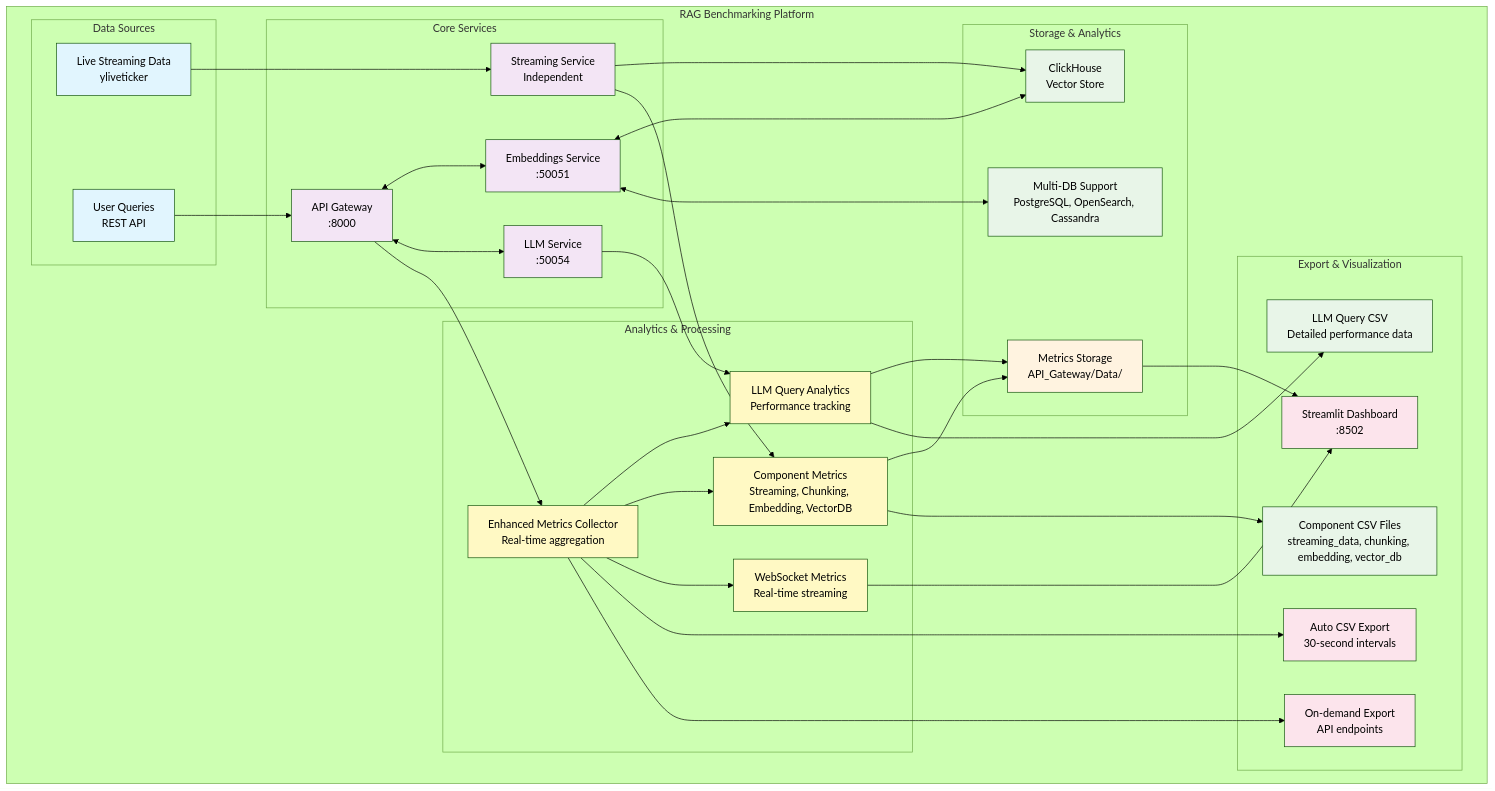
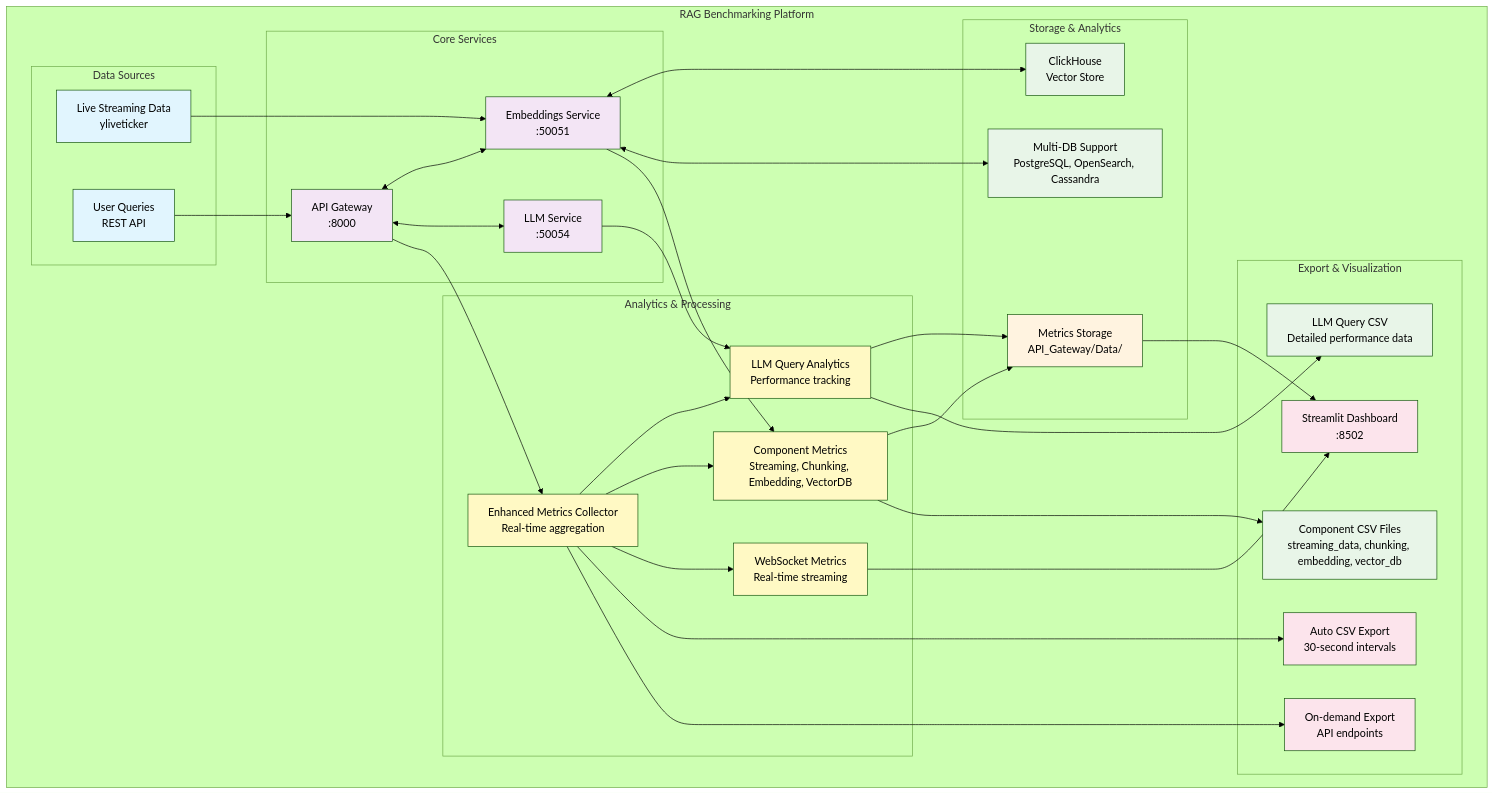
One commit to Darkknight-86/RAG_Benchmark changed the diagram in README.md. Above: the diagram before and after it, drawn with Mermaid (forest theme). The commit also changed other lines of this file and 46 other files, not shown here.

````diff
--- a/README.md
+++ b/README.md
@@ -28,81 +26,78 @@
 ```mermaid
 flowchart TB
     subgraph "RAG Benchmarking Platform"
         subgraph "Data Sources"
             A[Live Streaming Data<br/>yliveticker]
             B[User Queries<br/>REST API]
         end
 
         subgraph "Core Services"
             C[API Gateway<br/>:8000]
             D[Embeddings Service<br/>:50051]
             E[LLM Service<br/>:50054]
-            F[Streaming Service<br/>Independent]
         end
 
         subgraph "Storage & Analytics"
             G[ClickHouse<br/>Vector Store]
             H[Multi-DB Support<br/>PostgreSQL, OpenSearch, Cassandra]
             I[Metrics Storage<br/>API_Gateway/Data/]
         end
 
         subgraph "Analytics & Processing"
             M[Enhanced Metrics Collector<br/>Real-time aggregation]
             N[LLM Query Analytics<br/>Performance tracking]
             O[Component Metrics<br/>Streaming, Chunking, Embedding, VectorDB]
             P[WebSocket Metrics<br/>Real-time streaming]
         end
 
         subgraph "Export & Visualization"
             J[Streamlit Dashboard<br/>:8502]
             K[Auto CSV Export<br/>30-second intervals]
             L[On-demand Export<br/>API endpoints]
             Q[LLM Query CSV<br/>Detailed performance data]
             R[Component CSV Files<br/>streaming_data, chunking, embedding, vector_db]
         end
     end
 
-    A --> F
+    A --> D
     B --> C
     C <--> D
     C <--> E
     D <--> G
     D <--> H
-    F --> G
 
     C --> M
     E --> N
-    F --> O
+    D --> O
     M --> N
     M --> O
 
     N --> I
     O --> I
     M --> P
 
     I --> J
     M --> K
     M --> L
     N --> Q
     O --> R
     P --> J
 
     style A fill:#e1f5fe
     style B fill:#e1f5fe
     style C fill:#f3e5f5
     style D fill:#f3e5f5
     style E fill:#f3e5f5
-    style F fill:#f3e5f5
     style G fill:#e8f5e8
     style H fill:#e8f5e8
     style I fill:#fff3e0
     style M fill:#fff9c4
     style N fill:#fff9c4
     style O fill:#fff9c4
     style P fill:#fff9c4
     style J fill:#fce4ec
     style K fill:#fce4ec
     style L fill:#fce4ec
     style Q fill:#e8f5e8
     style R fill:#e8f5e8
 ```
````
